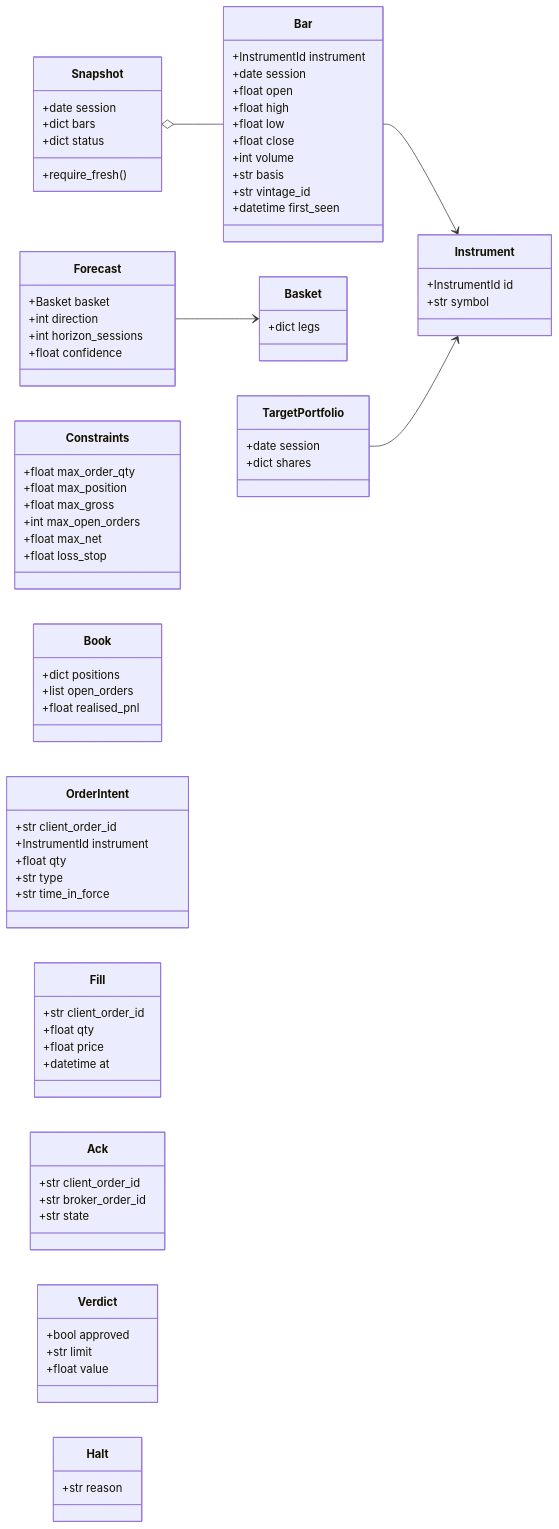
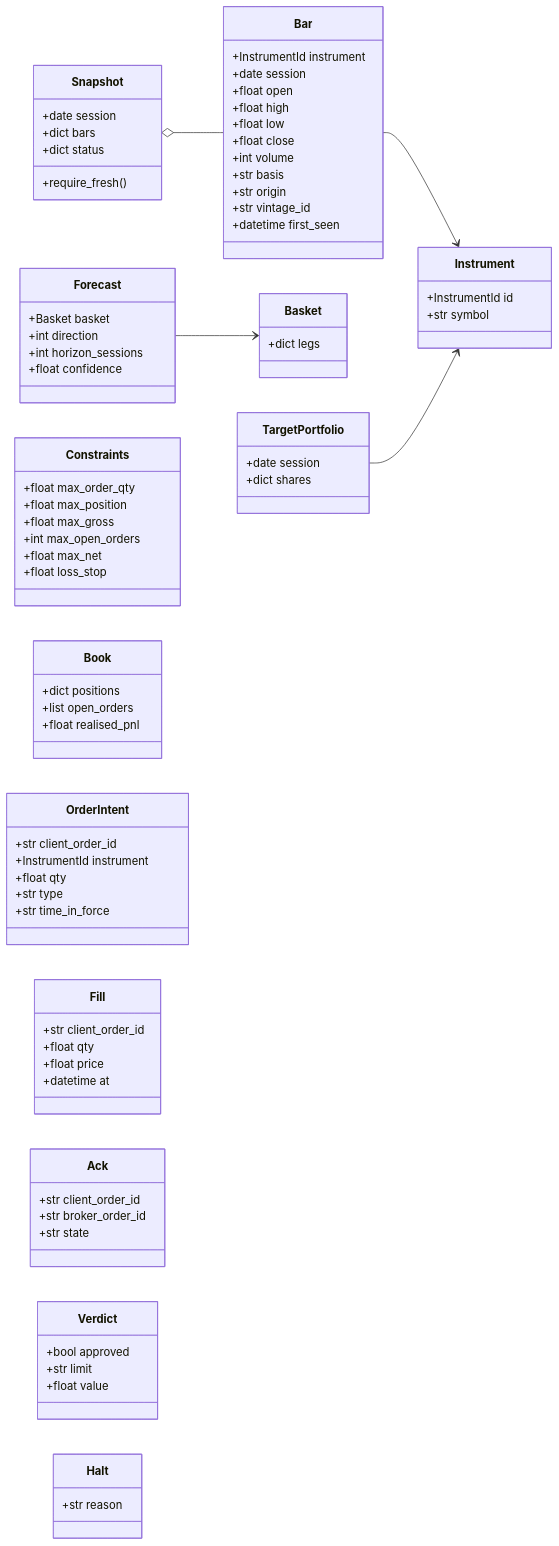
Before and after one commit to l3a0/ithildin-runtime: the tenth of 16 diagrams in docs/architecture.md, drawn with Mermaid. The commit also changed other lines of this file, not shown here.

First line of the commit message:
docs(architecture): make marketlake the one bar provider

```diff
--- a/docs/architecture.md
+++ b/docs/architecture.md
@@ -635,6 +648,7 @@
         +float close
         +int volume
         +str basis
+        +str origin
         +str vintage_id
         +datetime first_seen
     }
```
